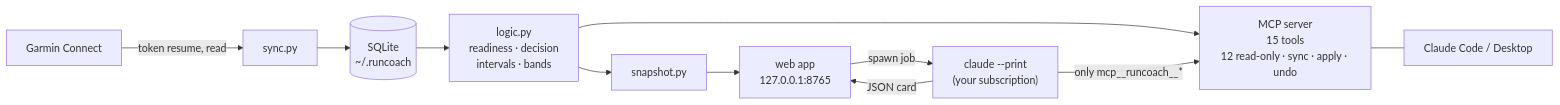
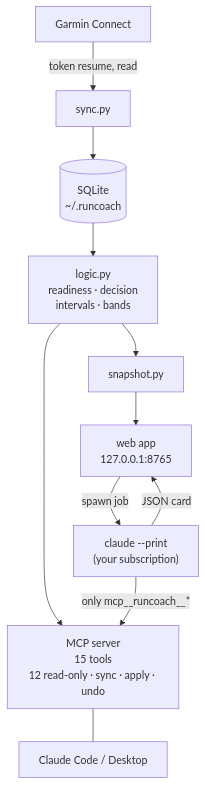
One commit to edxleon/runcoach-ai changed the diagram in README.md. Above: the diagram before and after it, drawn with Mermaid.

Commit message:
README: the architecture diagram runs top-down - left to right it was squeezed to an unreadable strip
Claude-Session: https://claude.ai/code/session_016Eyb8qpnHESiQVBYjdgJcf

````diff
--- a/README.md
+++ b/README.md
@@ -145,13 +145,13 @@
 ```mermaid
-flowchart LR
+flowchart TD
     G[Garmin Connect] -- "token resume, read" --> S[sync.py]
     S --> DB[(SQLite<br/>~/.runcoach)]
     DB --> L[logic.py<br/>readiness · decision<br/>intervals · bands]
     L --> SNAP[snapshot.py]
     SNAP --> WEB[web app<br/>127.0.0.1:8765]
     L --> MCP[MCP server<br/>15 tools<br/>12 read-only · sync · apply · undo]
     WEB -- "spawn job" --> A["claude --print<br/>(your subscription)"]
     A -- "only mcp__runcoach__*" --> MCP
     A -- "JSON card" --> WEB
     MCP --- CC[Claude Code / Desktop]
 ```
````
